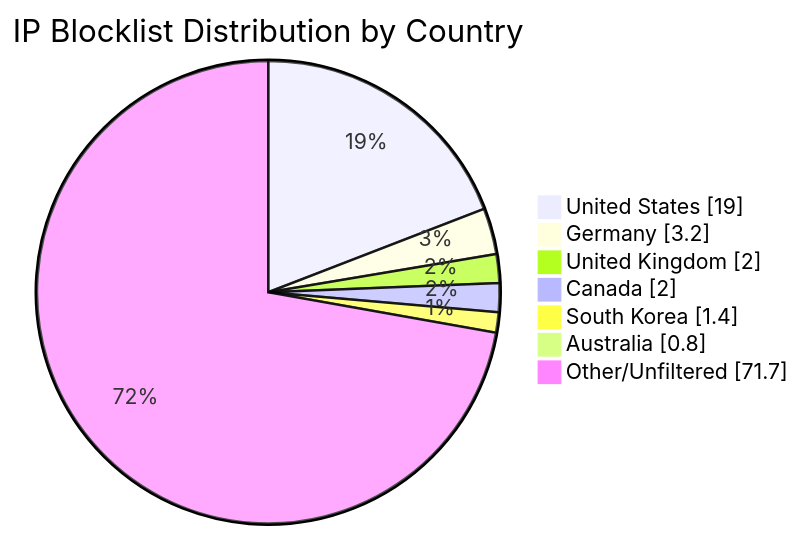
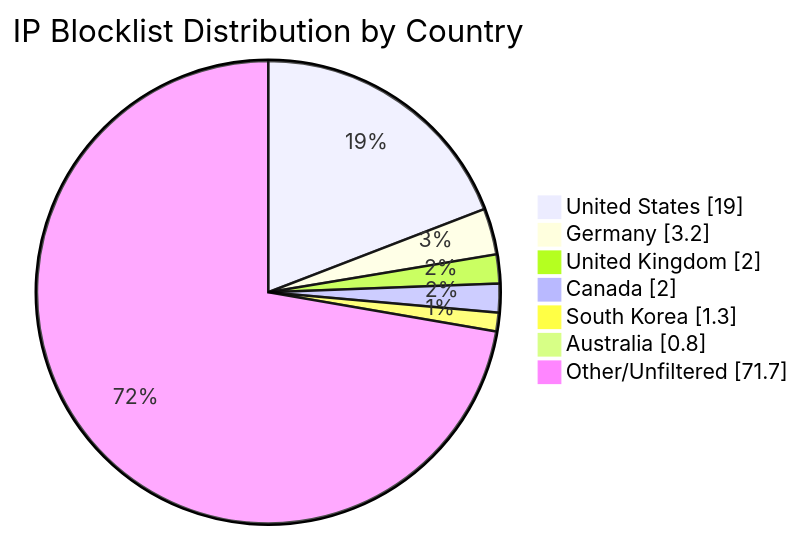
Before and after one commit to MarcusHoltz/ipblocklist-geofiltered-aggregator: the diagram in README.md, drawn with Mermaid. The commit also changed other lines of this file and 9 other files, not shown here.

````diff
--- a/README.md
+++ b/README.md
@@ -34,10 +34,10 @@
 ```mermaid
 pie showData title IP Blocklist Distribution by Country
 "United States" : 19.0
 "Germany" : 3.2
 "United Kingdom" : 2.0
 "Canada" : 2.0
-"South Korea" : 1.4
+"South Korea" : 1.3
 "Australia" : 0.8
 "Other/Unfiltered" : 71.7
 ```
````
